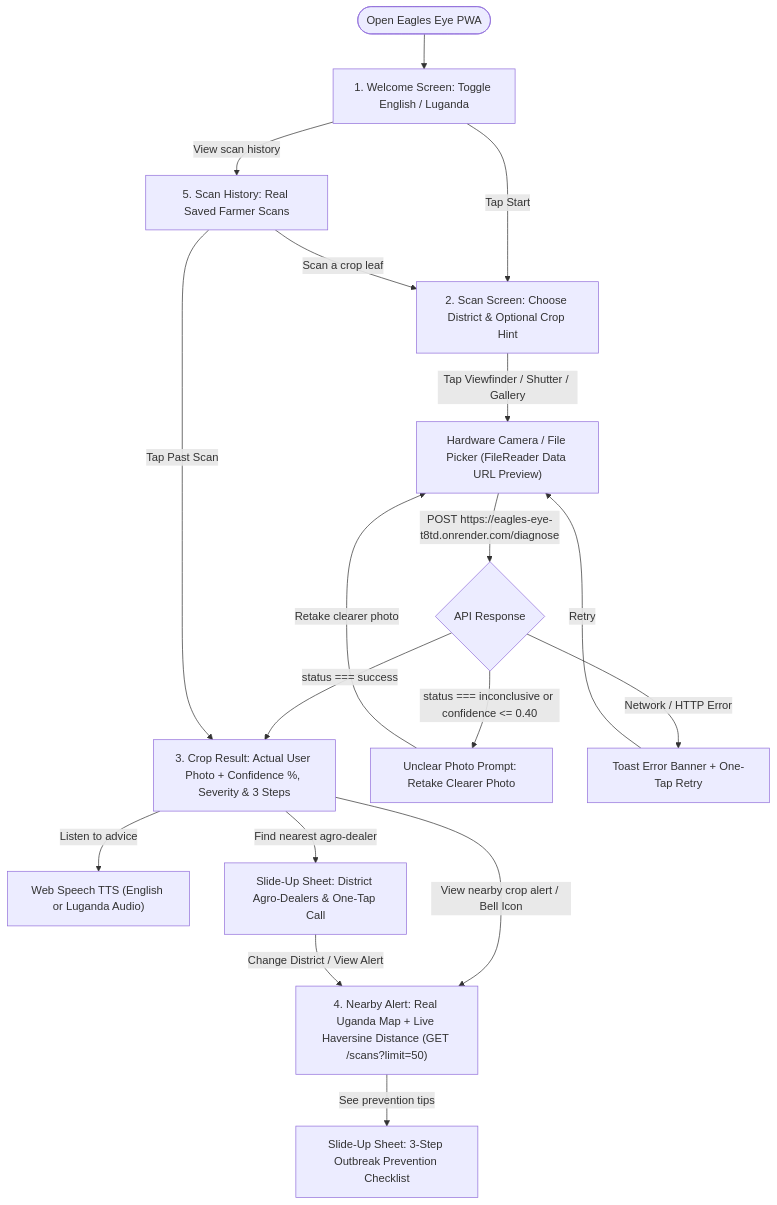
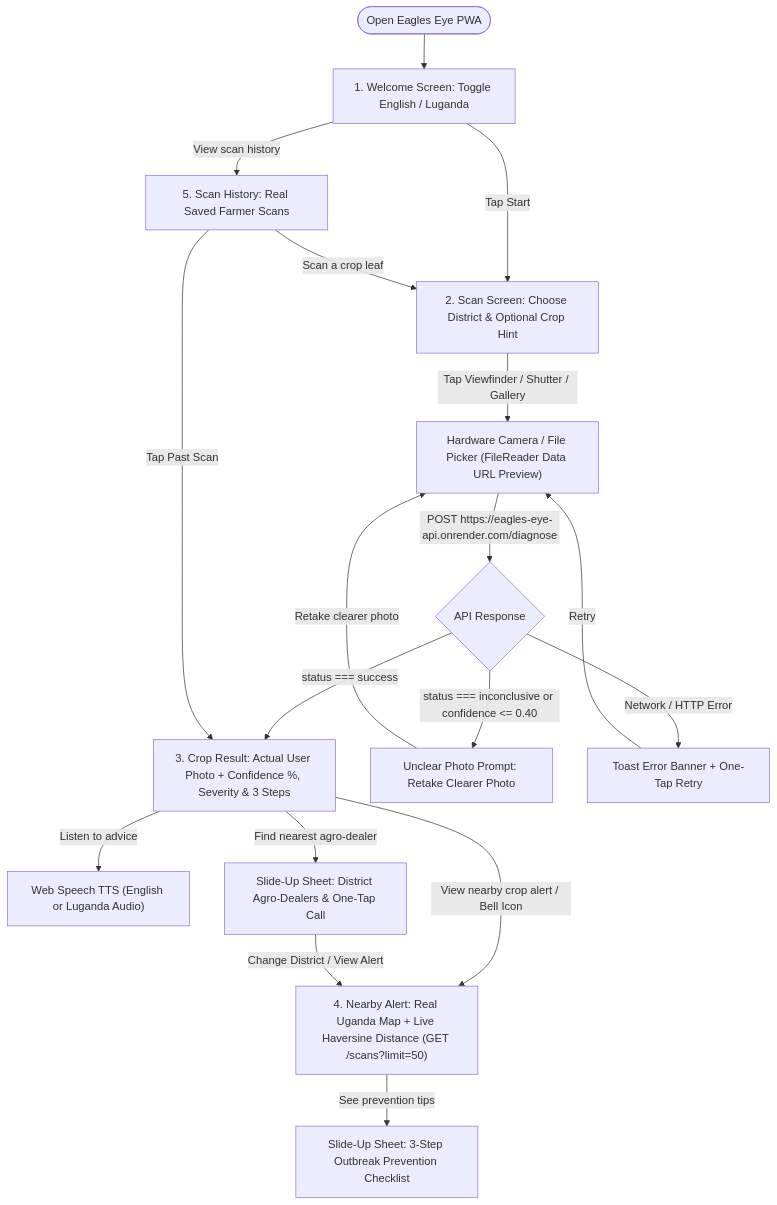
The third of 4 diagrams in README.md (Wasswa-Phen/eagles-eye), drawn with Mermaid before and after one commit. The commit also changed other lines of this file and 10 other files, not shown here.

````diff
--- a/README.md
+++ b/README.md
@@ -103,24 +103,24 @@
 ```mermaid
 flowchart TD
     Start(["Open Eagles Eye PWA"]) --> Welcome["1. Welcome Screen: Toggle English / Luganda"]
     Welcome -->|"Tap Start"| Scan["2. Scan Screen: Choose District & Optional Crop Hint"]
     Welcome -->|"View scan history"| History["5. Scan History: Real Saved Farmer Scans"]
 
     Scan -->|"Tap Viewfinder / Shutter / Gallery"| Picker["Hardware Camera / File Picker (FileReader Data URL Preview)"]
-    Picker -->|"POST https://eagles-eye-t8td.onrender.com/diagnose"| CheckAPI{"API Response"}
+    Picker -->|"POST https://eagles-eye-api.onrender.com/diagnose"| CheckAPI{"API Response"}
 
     CheckAPI -->|"status === success"| Result["3. Crop Result: Actual User Photo + Confidence %, Severity & 3 Steps"]
     CheckAPI -->|"status === inconclusive or confidence <= 0.40"| Retake["Unclear Photo Prompt: Retake Clearer Photo"]
     CheckAPI -->|"Network / HTTP Error"| RetryToast["Toast Error Banner + One-Tap Retry"]
     Retake -->|"Retake clearer photo"| Picker
     RetryToast -->|"Retry"| Picker
 
     Result -->|"Listen to advice"| TTS["Web Speech TTS (English or Luganda Audio)"]
     Result -->|"Find nearest agro-dealer"| Dealers["Slide-Up Sheet: District Agro-Dealers & One-Tap Call"]
     Result -->|"View nearby crop alert / Bell Icon"| Nearby["4. Nearby Alert: Real Uganda Map + Live Haversine Distance (GET /scans?limit=50)"]
 
     Dealers -->|"Change District / View Alert"| Nearby
     Nearby -->|"See prevention tips"| Tips["Slide-Up Sheet: 3-Step Outbreak Prevention Checklist"]
     History -->|"Tap Past Scan"| Result
     History -->|"Scan a crop leaf"| Scan
 ```
````
